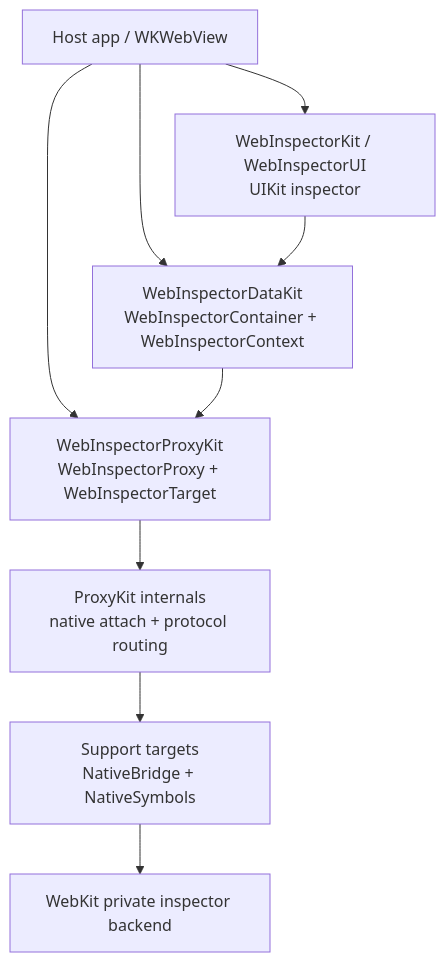
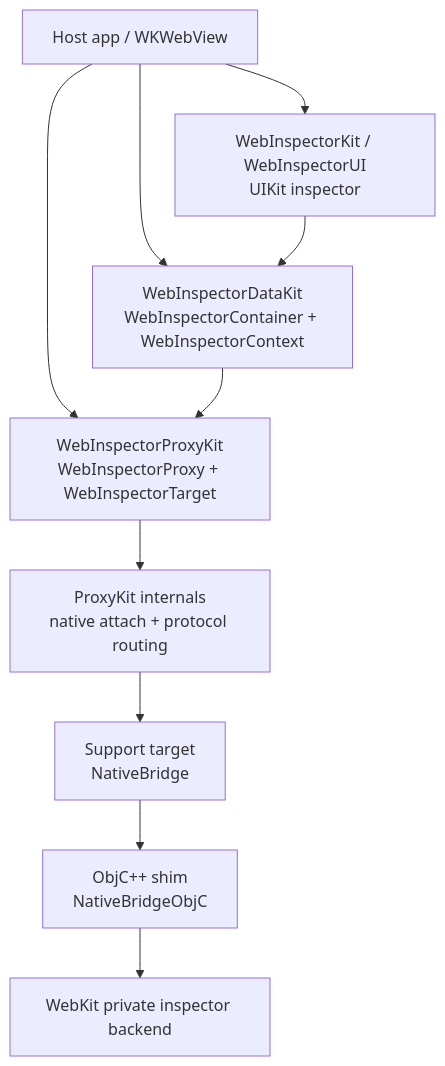
Before and after one commit to lynnswap/WebInspectorKit: the first of 3 diagrams in Docs/ArchitectureOverview.md, drawn with Mermaid. The commit also changed other lines of this file and 25 other files, not shown here.

Commit message:
refactor(native): consolidate native bridge targets

````diff
--- a/Docs/ArchitectureOverview.md
+++ b/Docs/ArchitectureOverview.md
@@ -31,19 +33,21 @@
 ```mermaid
 flowchart TD
     Host["Host app / WKWebView"]
     Proxy["WebInspectorProxyKit<br/>WebInspectorProxy + WebInspectorTarget"]
     Data["WebInspectorDataKit<br/>WebInspectorContainer + WebInspectorContext"]
     UI["WebInspectorKit / WebInspectorUI<br/>UIKit inspector"]
     Native["ProxyKit internals<br/>native attach + protocol routing"]
-    Bridge["Support targets<br/>NativeBridge + NativeSymbols"]
+    Bridge["Support target<br/>NativeBridge"]
+    ObjC["ObjC++ shim<br/>NativeBridgeObjC"]
     WebKit["WebKit private inspector backend"]
 
     Host --> Proxy
     Host --> Data
     Host --> UI
     UI --> Data
     Data --> Proxy
     Proxy --> Native
     Native --> Bridge
-    Bridge --> WebKit
+    Bridge --> ObjC
+    ObjC --> WebKit
 ```
````
